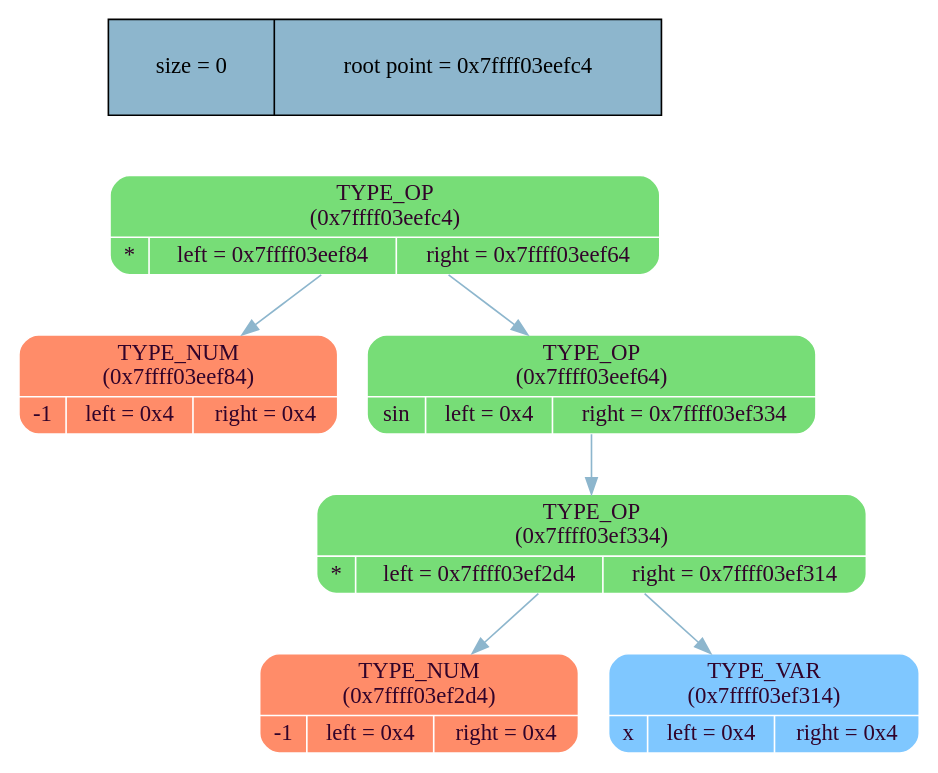
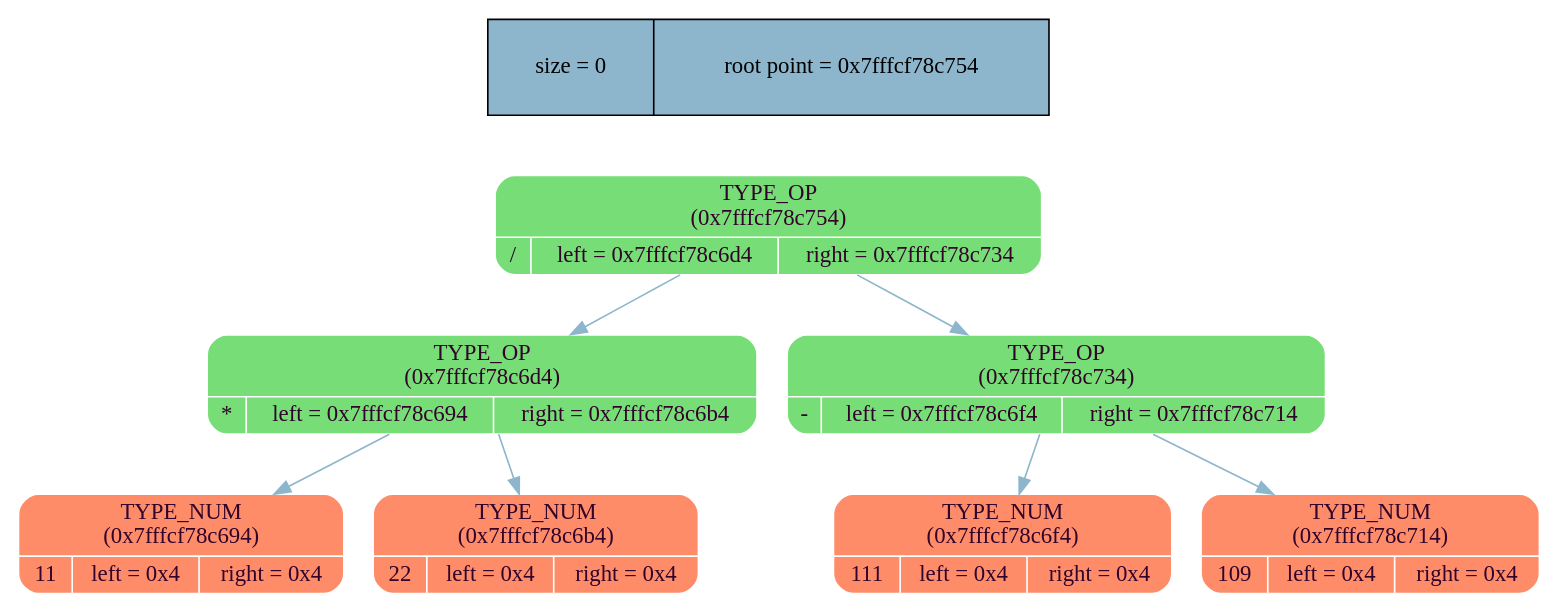
One commit to MaxGroshev/differentiator changed the diagram in tree/graph_lib/tree_dump.dot. Above: the diagram before and after it, drawn with Graphviz. The commit also changed 10 other files, not shown here.

```diff
--- a/tree/graph_lib/tree_dump.dot
+++ b/tree/graph_lib/tree_dump.dot
@@ -1,20 +1,22 @@
 digraph   
 {
 rankdir = ""
 splines = "true"
 
-node_stat [margin = "0.3*0.3", style = "filled", shape = "record", fillcolor = "#8DB6CD" label = " size = 0 | root point = 0x7ffff03eefc4"]
+node_stat [margin = "0.3*0.3", style = "filled", shape = "record", fillcolor = "#8DB6CD" label = " size = 0 | root point = 0x7fffcf78c754"]
 {rank = source; node_stat}
 
-node0x7ffff03eefc4 [shape = "Mrecord", fillcolor = "#77DD77", style = "filled", fontcolor = "#31032A", fontname = "Calibri", color = "white", label = "{TYPE_OP\n (0x7ffff03eefc4)| {* |left = 0x7ffff03eef84 |right = 0x7ffff03eef64}}"]
-node0x7ffff03eefc4 -> node0x7ffff03eef84 [color = "#8DB6CD", style = "", constraint = true, fillcolor = "#8DB6CD",   fontcolor = "", fontname = "Calibri", label = ""];
-node0x7ffff03eef84 [shape = "Mrecord", fillcolor = "#FF8C69", style = "filled", fontcolor = "#31032A", fontname = "Calibri", color = "white", label = "{TYPE_NUM\n (0x7ffff03eef84)| {-1 |left = 0x4 |right = 0x4}}"]
-node0x7ffff03eefc4 -> node0x7ffff03eef64 [color = "#8DB6CD", style = "", constraint = true, fillcolor = "#8DB6CD",   fontcolor = "", fontname = "Calibri", label = ""];
-node0x7ffff03eef64 [shape = "Mrecord", fillcolor = "#77DD77", style = "filled", fontcolor = "#31032A", fontname = "Calibri", color = "white", label = "{TYPE_OP\n (0x7ffff03eef64)| {sin |left = 0x4 |right = 0x7ffff03ef334}}"]
-node0x7ffff03eef64 -> node0x7ffff03ef334 [color = "#8DB6CD", style = "", constraint = true, fillcolor = "#8DB6CD",   fontcolor = "", fontname = "Calibri", label = ""];
-node0x7ffff03ef334 [shape = "Mrecord", fillcolor = "#77DD77", style = "filled", fontcolor = "#31032A", fontname = "Calibri", color = "white", label = "{TYPE_OP\n (0x7ffff03ef334)| {* |left = 0x7ffff03ef2d4 |right = 0x7ffff03ef314}}"]
-node0x7ffff03ef334 -> node0x7ffff03ef2d4 [color = "#8DB6CD", style = "", constraint = true, fillcolor = "#8DB6CD",   fontcolor = "", fontname = "Calibri", label = ""];
-node0x7ffff03ef2d4 [shape = "Mrecord", fillcolor = "#FF8C69", style = "filled", fontcolor = "#31032A", fontname = "Calibri", color = "white", label = "{TYPE_NUM\n (0x7ffff03ef2d4)| {-1 |left = 0x4 |right = 0x4}}"]
-node0x7ffff03ef334 -> node0x7ffff03ef314 [color = "#8DB6CD", style = "", constraint = true, fillcolor = "#8DB6CD",   fontcolor = "", fontname = "Calibri", label = ""];
-node0x7ffff03ef314 [shape = "Mrecord", fillcolor = "#7FC7FF", style = "filled", fontcolor = "#31032A", fontname = "Calibri", color = "white", label = "{TYPE_VAR\n (0x7ffff03ef314)| {x |left = 0x4 |right = 0x4}}"]
+node0x7fffcf78c754 [shape = "Mrecord", fillcolor = "#77DD77", style = "filled", fontcolor = "#31032A", fontname = "Calibri", color = "white", label = "{TYPE_OP\n (0x7fffcf78c754)| {/ |left = 0x7fffcf78c6d4 |right = 0x7fffcf78c734}}"]
+node0x7fffcf78c754 -> node0x7fffcf78c6d4 [color = "#8DB6CD", style = "", constraint = true, fillcolor = "#8DB6CD",   fontcolor = "", fontname = "Calibri", label = ""];
+node0x7fffcf78c6d4 [shape = "Mrecord", fillcolor = "#77DD77", style = "filled", fontcolor = "#31032A", fontname = "Calibri", color = "white", label = "{TYPE_OP\n (0x7fffcf78c6d4)| {* |left = 0x7fffcf78c694 |right = 0x7fffcf78c6b4}}"]
+node0x7fffcf78c6d4 -> node0x7fffcf78c694 [color = "#8DB6CD", style = "", constraint = true, fillcolor = "#8DB6CD",   fontcolor = "", fontname = "Calibri", label = ""];
+node0x7fffcf78c694 [shape = "Mrecord", fillcolor = "#FF8C69", style = "filled", fontcolor = "#31032A", fontname = "Calibri", color = "white", label = "{TYPE_NUM\n (0x7fffcf78c694)| {11 |left = 0x4 |right = 0x4}}"]
+node0x7fffcf78c6d4 -> node0x7fffcf78c6b4 [color = "#8DB6CD", style = "", constraint = true, fillcolor = "#8DB6CD",   fontcolor = "", fontname = "Calibri", label = ""];
+node0x7fffcf78c6b4 [shape = "Mrecord", fillcolor = "#FF8C69", style = "filled", fontcolor = "#31032A", fontname = "Calibri", color = "white", label = "{TYPE_NUM\n (0x7fffcf78c6b4)| {22 |left = 0x4 |right = 0x4}}"]
+node0x7fffcf78c754 -> node0x7fffcf78c734 [color = "#8DB6CD", style = "", constraint = true, fillcolor = "#8DB6CD",   fontcolor = "", fontname = "Calibri", label = ""];
+node0x7fffcf78c734 [shape = "Mrecord", fillcolor = "#77DD77", style = "filled", fontcolor = "#31032A", fontname = "Calibri", color = "white", label = "{TYPE_OP\n (0x7fffcf78c734)| {- |left = 0x7fffcf78c6f4 |right = 0x7fffcf78c714}}"]
+node0x7fffcf78c734 -> node0x7fffcf78c6f4 [color = "#8DB6CD", style = "", constraint = true, fillcolor = "#8DB6CD",   fontcolor = "", fontname = "Calibri", label = ""];
+node0x7fffcf78c6f4 [shape = "Mrecord", fillcolor = "#FF8C69", style = "filled", fontcolor = "#31032A", fontname = "Calibri", color = "white", label = "{TYPE_NUM\n (0x7fffcf78c6f4)| {111 |left = 0x4 |right = 0x4}}"]
+node0x7fffcf78c734 -> node0x7fffcf78c714 [color = "#8DB6CD", style = "", constraint = true, fillcolor = "#8DB6CD",   fontcolor = "", fontname = "Calibri", label = ""];
+node0x7fffcf78c714 [shape = "Mrecord", fillcolor = "#FF8C69", style = "filled", fontcolor = "#31032A", fontname = "Calibri", color = "white", label = "{TYPE_NUM\n (0x7fffcf78c714)| {109 |left = 0x4 |right = 0x4}}"]
 }
```
